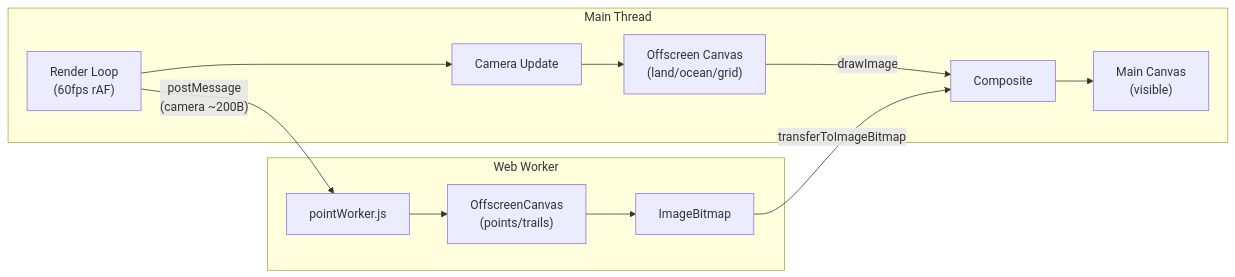
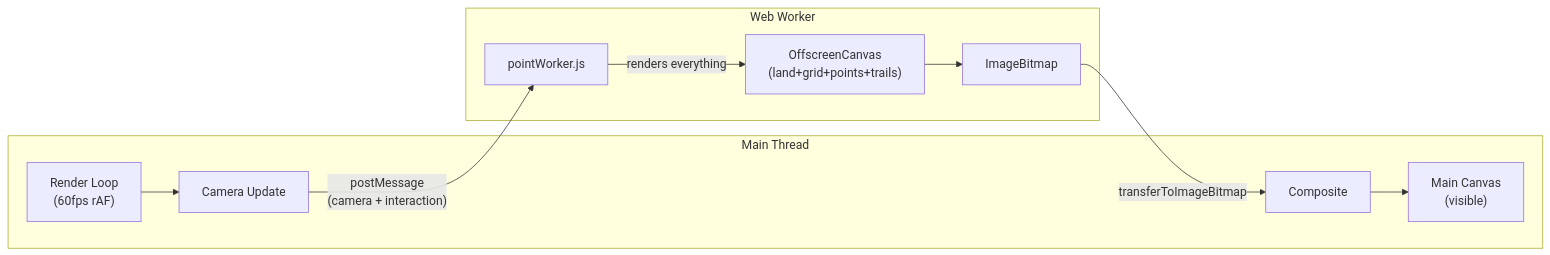
One commit to iiTONELOC/sigint changed the first of 3 diagrams in docs/rendering.md. Above: the diagram before and after it, drawn with Mermaid. The commit also changed other lines of this file and 4 other files, not shown here.

````diff
--- a/docs/rendering.md
+++ b/docs/rendering.md
@@ -42,25 +42,23 @@
 ```mermaid
 graph LR
     subgraph Main Thread
         RL["Render Loop<br/>(60fps rAF)"]
         CAM["Camera Update"]
-        OSC["Offscreen Canvas<br/>(land/ocean/grid)"]
         COMP["Composite"]
         MC["Main Canvas<br/>(visible)"]
 
-        RL --> CAM --> OSC
-        OSC -->|"drawImage"| COMP
+        RL --> CAM
         COMP --> MC
     end
 
     subgraph Web Worker
         WRK["pointWorker.js"]
-        WOSC["OffscreenCanvas<br/>(points/trails)"]
+        WOSC["OffscreenCanvas<br/>(land+grid+points+trails)"]
         BMP["ImageBitmap"]
 
-        WRK --> WOSC --> BMP
+        WRK -->|"renders everything"| WOSC --> BMP
     end
 
-    RL -->|"postMessage<br/>(camera ~200B)"| WRK
+    CAM -->|"postMessage<br/>(camera + interaction)"| WRK
     BMP -->|"transferToImageBitmap"| COMP
 ```
````
